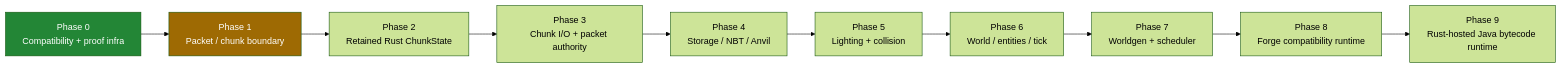
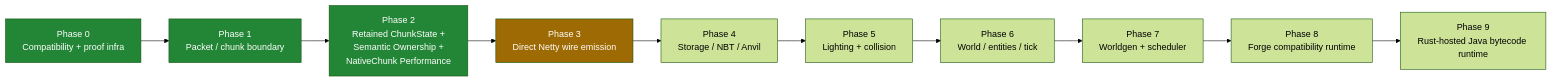
Before and after one commit to siaginw/minecraftrust: the fifth of 5 diagrams in README.md, drawn with Mermaid (forest theme). The commit also changed other lines of this file and 6 other files, not shown here.

````diff
--- a/README.md
+++ b/README.md
@@ -197,14 +206,16 @@
 ```mermaid
 flowchart LR
     P0[Phase 0<br/>Compatibility + proof infra] --> P1[Phase 1<br/>Packet / chunk boundary]
-    P1 --> P2[Phase 2<br/>Retained Rust ChunkState]
-    P2 --> P3[Phase 3<br/>Chunk I/O + packet authority]
+    P1 --> P2[Phase 2<br/>Retained ChunkState +<br/>Semantic Ownership +<br/>NativeChunk Performance]
+    P2 --> P3[Phase 3<br/>Direct Netty wire emission]
     P3 --> P4[Phase 4<br/>Storage / NBT / Anvil]
     P4 --> P5[Phase 5<br/>Lighting + collision]
     P5 --> P6[Phase 6<br/>World / entities / tick]
     P6 --> P7[Phase 7<br/>Worldgen + scheduler]
     P7 --> P8[Phase 8<br/>Forge compatibility runtime]
     P8 --> P9[Phase 9<br/>Rust-hosted Java bytecode runtime]
     style P0 fill:#238636,color:#fff
-    style P1 fill:#9e6a03,color:#fff
+    style P1 fill:#238636,color:#fff
+    style P2 fill:#238636,color:#fff
+    style P3 fill:#9e6a03,color:#fff
 ```
````
